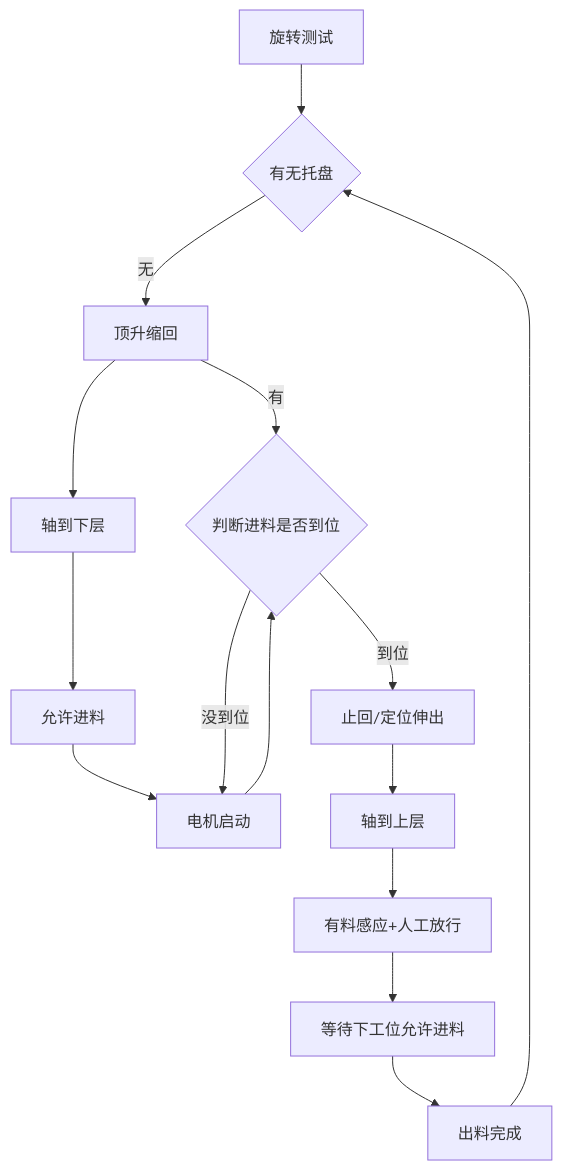
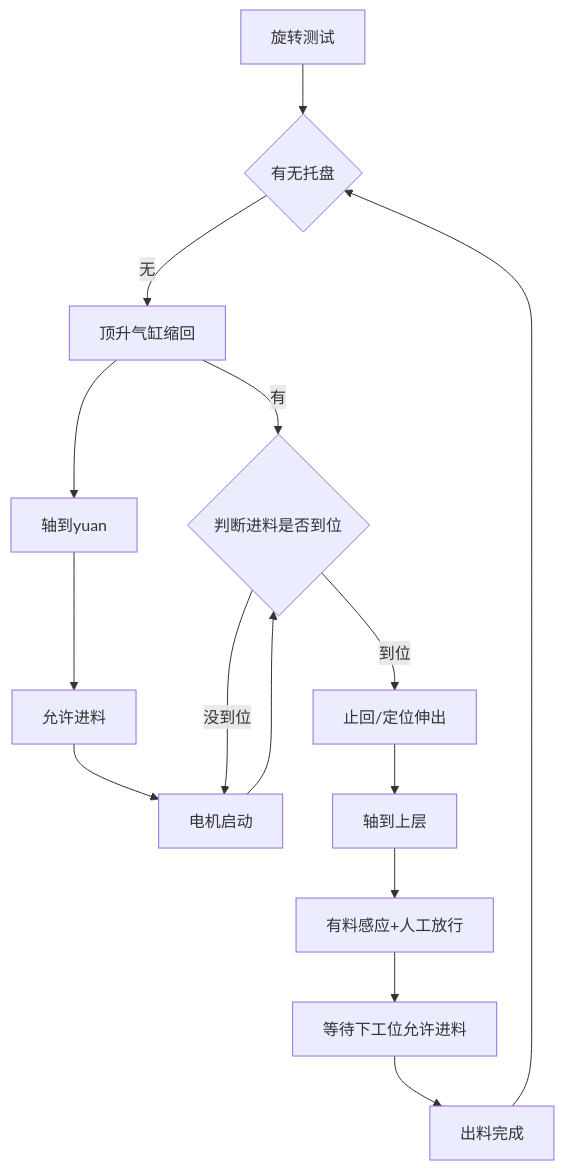
Before and after one commit to PengKun1/iodraw-files: the diagram in all/旋转测试台.md, drawn with Mermaid.

Commit message:
2024-12-23 16:23:17 update

````diff
--- a/all/旋转测试台.md
+++ b/all/旋转测试台.md
@@ -1,17 +1,17 @@
 ```mermaid
 graph TD
 0[旋转测试]-->10
 10{有无托盘}-->|无|20
 20-->|有|50
-20[顶升缩回]-->30
-30[轴到下层]-->40
+20[顶升气缸缩回]-->30
+30[轴到yuan]-->40
 40[允许进料]-->45
 45[电机启动]-->50
 50{判断进料是否到位}-->|到位|60 
 50-->|没到位|45
 60[止回/定位伸出]-->70
 70[轴到上层]-->80
 80[有料感应+人工放行]-->90
 90[等待下工位允许进料]-->100
 100[出料完成]-->10
 ```
````
